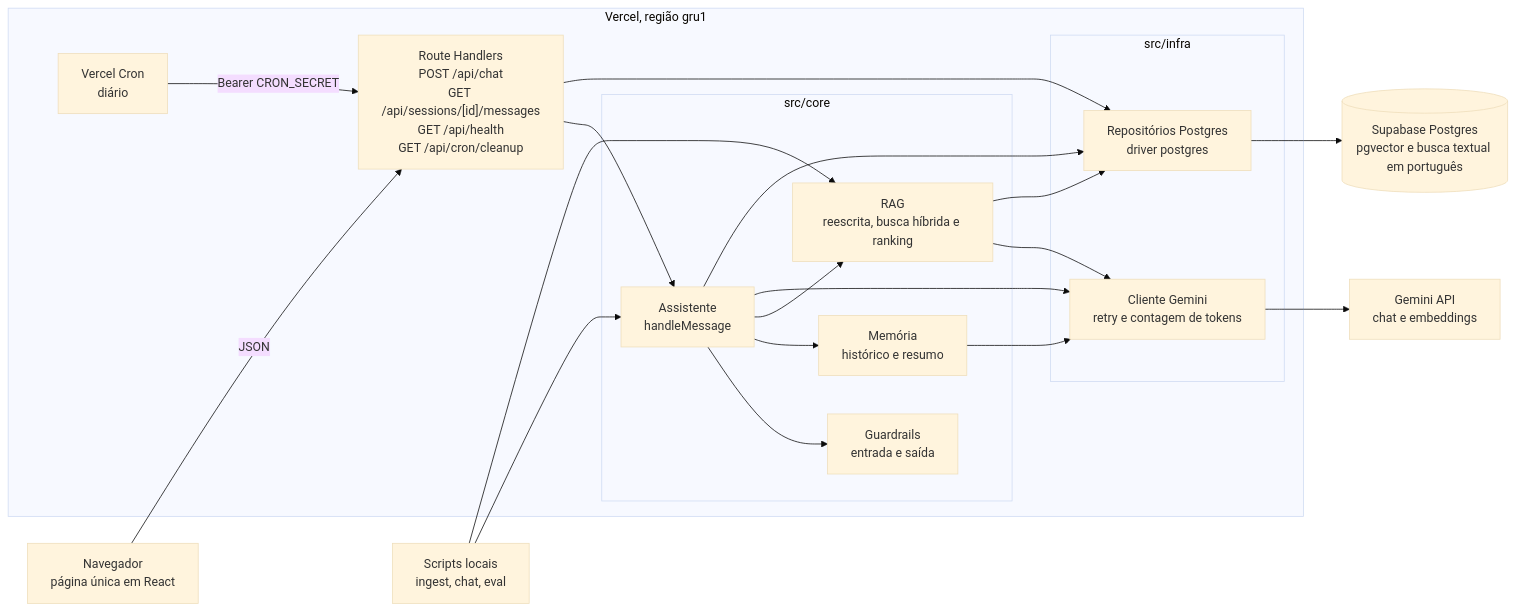
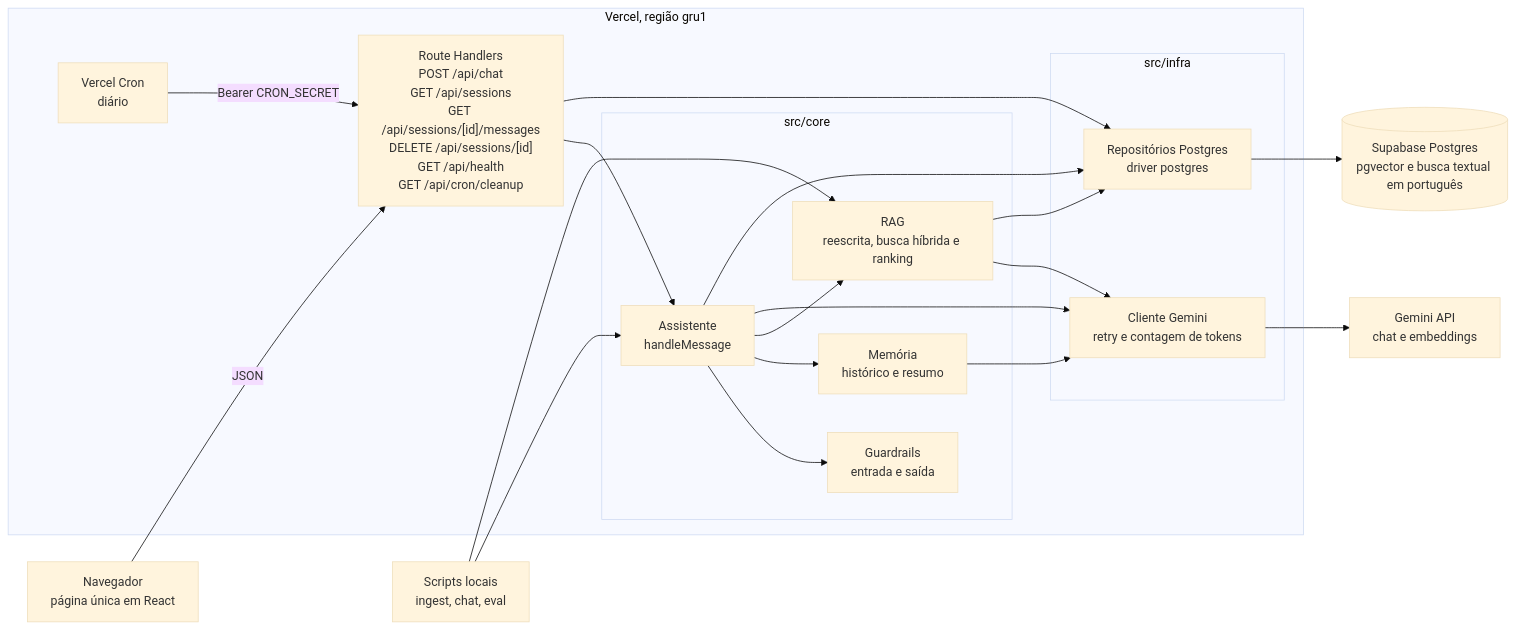
Before and after one commit to hmarquesb/chapa: the diagram in README.md, drawn with Mermaid (base theme). The commit also changed other lines of this file and 59 other files, not shown here.

````diff
--- a/README.md
+++ b/README.md
@@ -127,38 +127,38 @@
 ```mermaid
 flowchart LR
     B["Navegador<br/>página única em React"]
     SC["Scripts locais<br/>ingest, chat, eval"]
     subgraph VERCEL["Vercel, região gru1"]
-        RH["Route Handlers<br/>POST /api/chat<br/>GET /api/sessions/[id]/messages<br/>GET /api/health<br/>GET /api/cron/cleanup"]
+        RH["Route Handlers<br/>POST /api/chat<br/>GET /api/sessions<br/>GET /api/sessions/[id]/messages<br/>DELETE /api/sessions/[id]<br/>GET /api/health<br/>GET /api/cron/cleanup"]
         CRON["Vercel Cron<br/>diário"]
         subgraph CORE["src/core"]
             A["Assistente<br/>handleMessage"]
             GR["Guardrails<br/>entrada e saída"]
             MEM["Memória<br/>histórico e resumo"]
             RAG["RAG<br/>reescrita, busca híbrida e ranking"]
         end
         subgraph INFRA["src/infra"]
             LLM["Cliente Gemini<br/>retry e contagem de tokens"]
             DB["Repositórios Postgres<br/>driver postgres"]
         end
     end
     G["Gemini API<br/>chat e embeddings"]
     S[("Supabase Postgres<br/>pgvector e busca textual em português")]
 
     B -->|"JSON"| RH
     CRON -->|"Bearer CRON_SECRET"| RH
     RH --> A
     SC --> A
     SC --> RAG
     A --> GR
     A --> MEM
     A --> RAG
     MEM --> LLM
     RAG --> LLM
     A --> LLM
     A --> DB
     RAG --> DB
     RH --> DB
     LLM --> G
     DB --> S
 ```
````
